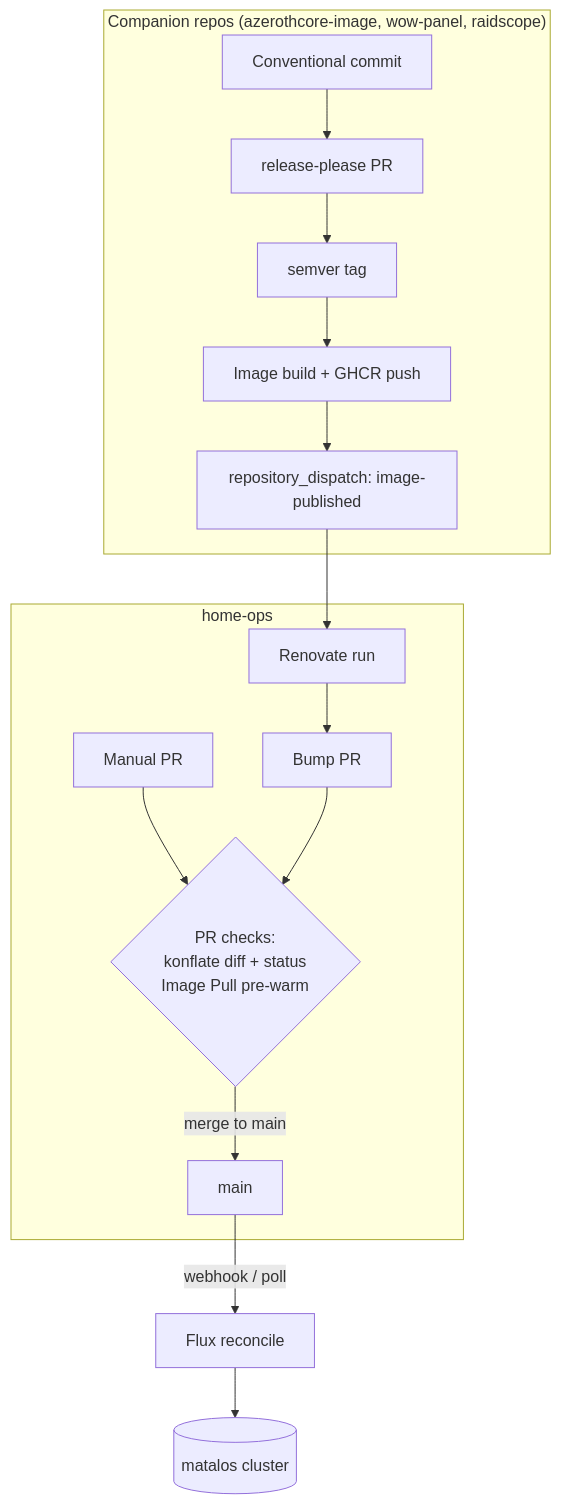
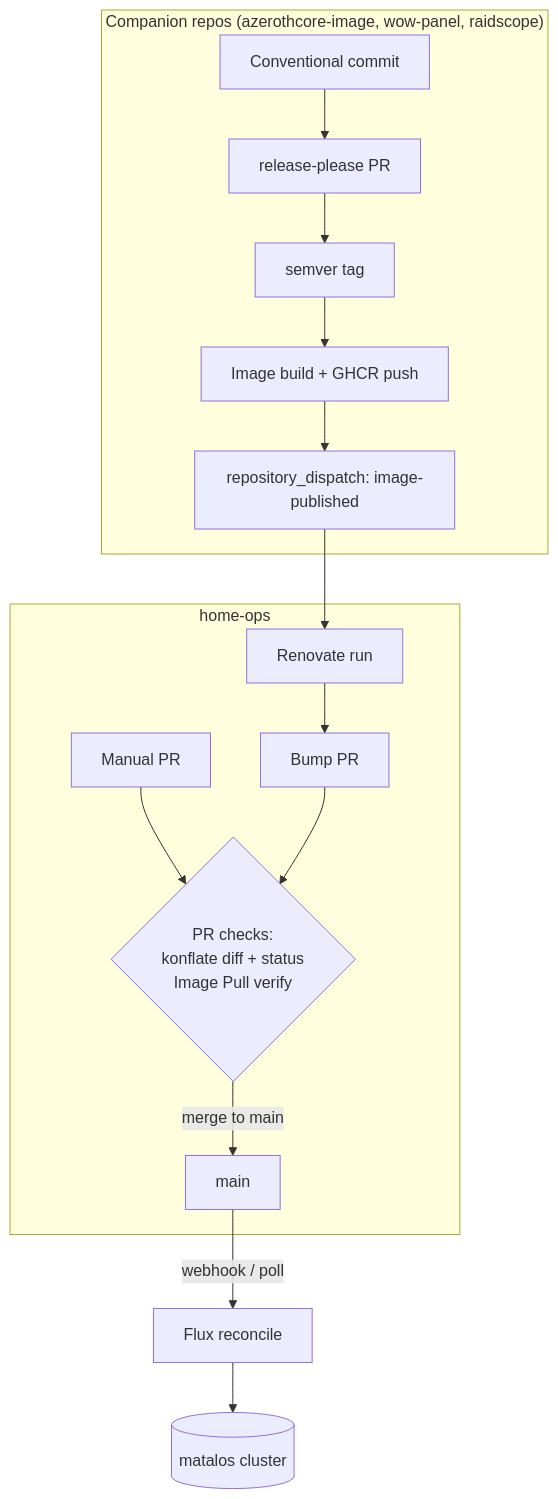
The diagram in docs/cicd.md (materia-ops/home-ops), drawn with Mermaid before and after one commit. The commit also changed other lines of this file and 12 other files, not shown here.

````diff
--- a/docs/cicd.md
+++ b/docs/cicd.md
@@ -11,16 +11,16 @@
 ```mermaid
 flowchart TD
     subgraph companion["Companion repos (azerothcore-image, wow-panel, raidscope)"]
         c1[Conventional commit] --> rp[release-please PR] --> tag[semver tag]
         tag --> build[Image build + GHCR push]
         build --> disp["repository_dispatch: image-published"]
     end
     subgraph homeops["home-ops"]
         disp --> ren[Renovate run] --> bump[Bump PR]
         pr[Manual PR] --> checks
-        bump --> checks{"PR checks:<br/>konflate diff + status<br/>Image Pull pre-warm"}
+        bump --> checks{"PR checks:<br/>konflate diff + status<br/>Image Pull verify"}
         checks -->|merge to main| main[main]
     end
     main -->|webhook / poll| flux[Flux reconcile]
     flux --> cluster[(matalos cluster)]
 ```
````
